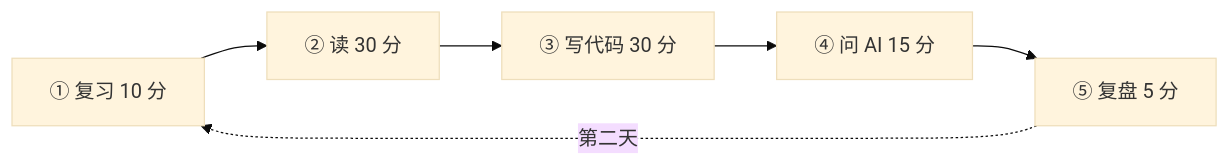
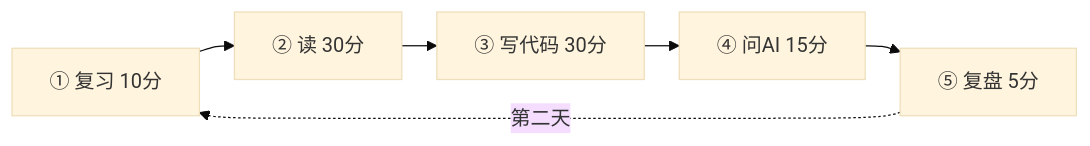
The fourth of 4 diagrams in roadmap.md (chenguanji0711/java-to-ai-roadmap), drawn with Mermaid (base theme) before and after one commit.

Commit message:
docs: 日课闭环改用紧凑布局（nodeSpacing/rankSpacing），消除横向溢出

````diff
--- a/roadmap.md
+++ b/roadmap.md
@@ -633,5 +633,6 @@
 ```mermaid
+%%{init: {"flowchart": {"nodeSpacing": 18, "rankSpacing": 28, "htmlLabels": true}} }%%
 flowchart LR
-    A["① 复习 10 分"] --> B["② 读 30 分"] --> C["③ 写代码 30 分"] --> D["④ 问 AI 15 分"] --> E["⑤ 复盘 5 分"]
+    A["① 复习 10分"] --> B["② 读 30分"] --> C["③ 写代码 30分"] --> D["④ 问AI 15分"] --> E["⑤ 复盘 5分"]
     E -.->|第二天| A
 ```
````
